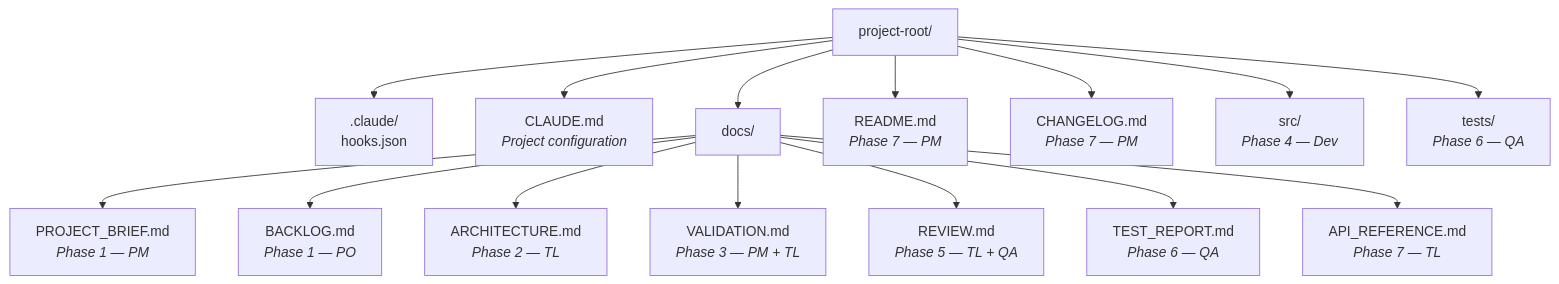
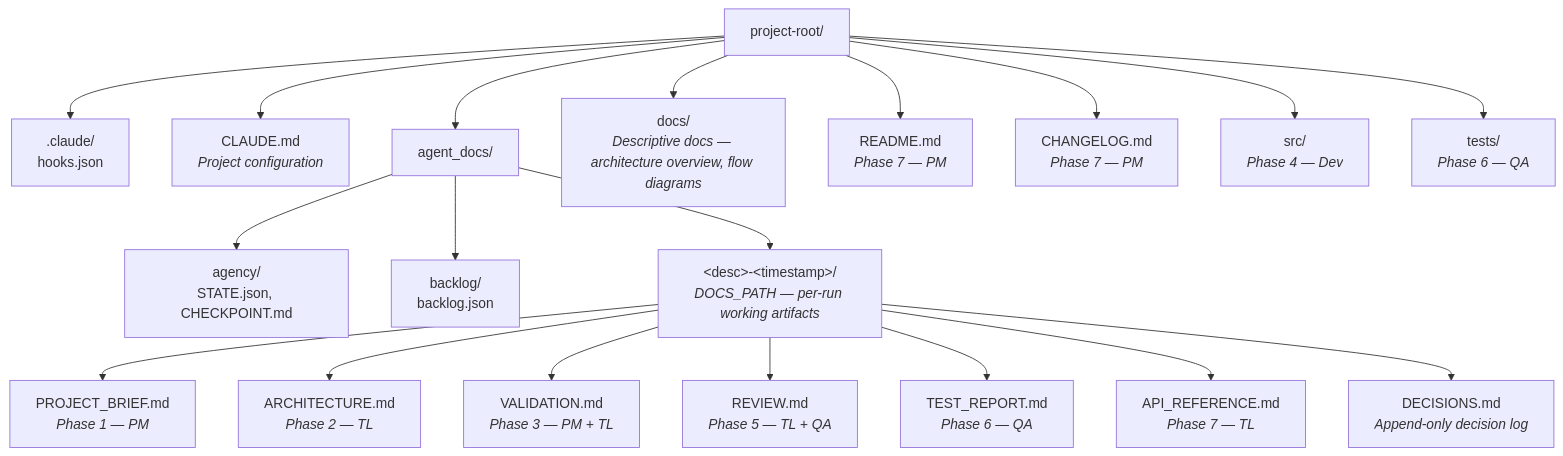
One commit to VitorAndTxr/omni-sw changed the second of 3 diagrams in docs/USAGE_GUIDE.md. Above: the diagram before and after it, drawn with Mermaid. The commit also changed other lines of this file and 7 other files, not shown here.

Commit message:
feat(docs): Update documentation to utilize {DOCS_PATH} for artifact storage and improve clarity on phase outputs

````diff
--- a/docs/USAGE_GUIDE.md
+++ b/docs/USAGE_GUIDE.md
@@ -183,18 +185,22 @@
 ```mermaid
 graph TD
     Root["project-root/"]
     Root --> claude[".claude/<br/>hooks.json"]
     Root --> CMD["CLAUDE.md<br/><i>Project configuration</i>"]
-    Root --> docs["docs/"]
-    docs --> BRIEF["PROJECT_BRIEF.md<br/><i>Phase 1 — PM</i>"]
-    docs --> BACKLOG["BACKLOG.md<br/><i>Phase 1 — PO</i>"]
-    docs --> ARCH["ARCHITECTURE.md<br/><i>Phase 2 — TL</i>"]
-    docs --> VALID["VALIDATION.md<br/><i>Phase 3 — PM + TL</i>"]
-    docs --> REVIEW["REVIEW.md<br/><i>Phase 5 — TL + QA</i>"]
-    docs --> TEST["TEST_REPORT.md<br/><i>Phase 6 — QA</i>"]
-    docs --> APIREF["API_REFERENCE.md<br/><i>Phase 7 — TL</i>"]
+    Root --> agentDocs["agent_docs/"]
+    agentDocs --> agency["agency/<br/>STATE.json, CHECKPOINT.md"]
+    agentDocs --> backlog["backlog/<br/>backlog.json"]
+    agentDocs --> run["&lt;desc&gt;-&lt;timestamp&gt;/<br/><i>DOCS_PATH — per-run working artifacts</i>"]
+    run --> BRIEF["PROJECT_BRIEF.md<br/><i>Phase 1 — PM</i>"]
+    run --> ARCH["ARCHITECTURE.md<br/><i>Phase 2 — TL</i>"]
+    run --> VALID["VALIDATION.md<br/><i>Phase 3 — PM + TL</i>"]
+    run --> REVIEW["REVIEW.md<br/><i>Phase 5 — TL + QA</i>"]
+    run --> TEST["TEST_REPORT.md<br/><i>Phase 6 — QA</i>"]
+    run --> APIREF["API_REFERENCE.md<br/><i>Phase 7 — TL</i>"]
+    run --> DECISIONS["DECISIONS.md<br/><i>Append-only decision log</i>"]
+    Root --> docs["docs/<br/><i>Descriptive docs — architecture overview, flow diagrams</i>"]
     Root --> README["README.md<br/><i>Phase 7 — PM</i>"]
     Root --> CHANGELOG["CHANGELOG.md<br/><i>Phase 7 — PM</i>"]
     Root --> src["src/<br/><i>Phase 4 — Dev</i>"]
     Root --> tests["tests/<br/><i>Phase 6 — QA</i>"]
 ```
````
